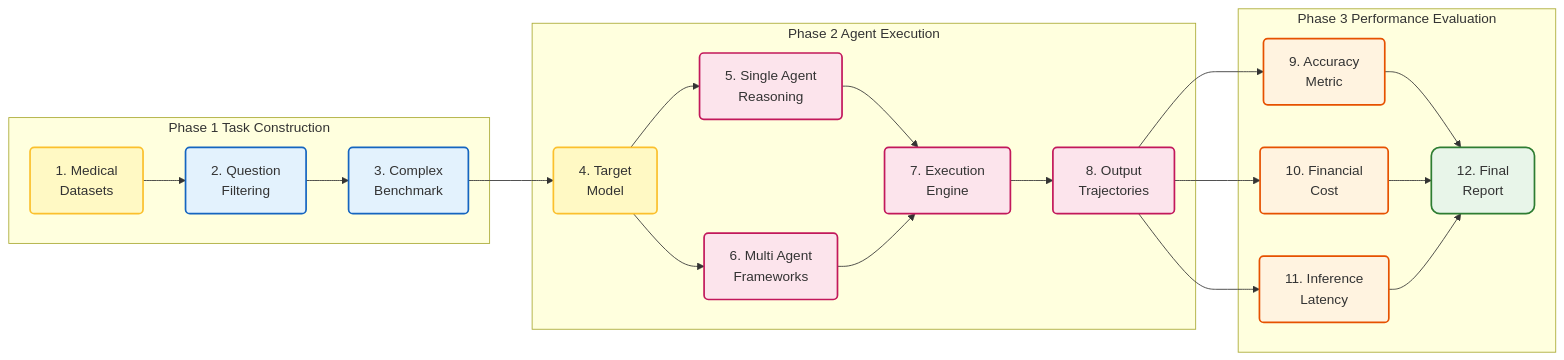
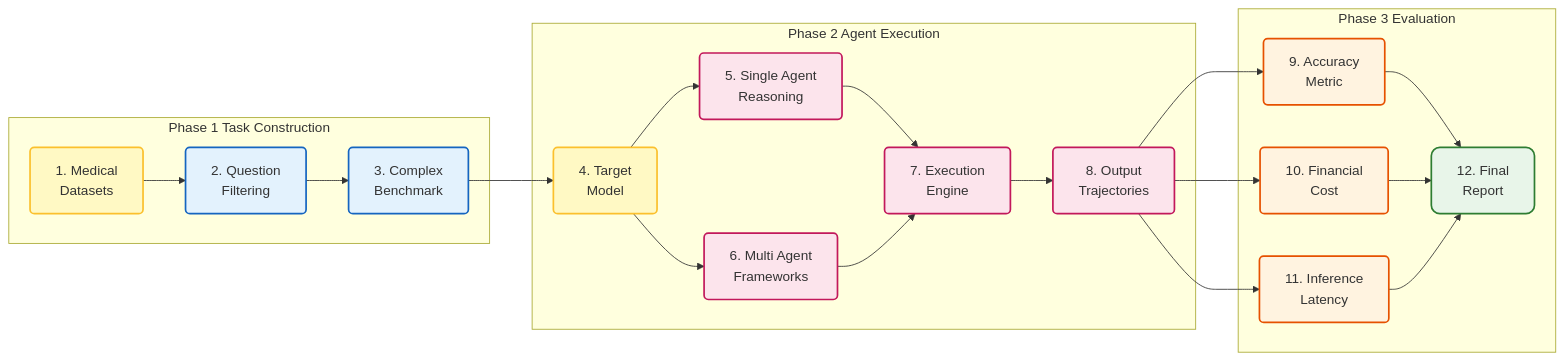
Before and after one commit to hhtrocket/HHT-Benchmark-dataset: the fourth of 5 diagrams in Literature Review/brief report 2.md, drawn with Mermaid. The commit also changed other lines of this file, not shown here.

````diff
--- a/Literature Review/brief report 2.md
+++ b/Literature Review/brief report 2.md
@@ -187,46 +187,46 @@
 ```mermaid
 graph LR
     classDef phase1 fill:#e3f2fd,stroke:#1565c0,stroke-width:2px,rx:5,ry:5;
     classDef phase2 fill:#fce4ec,stroke:#c2185b,stroke-width:2px,rx:5,ry:5;
     classDef phase3 fill:#fff3e0,stroke:#e65100,stroke-width:2px,rx:5,ry:5;
     classDef input fill:#fff9c4,stroke:#fbc02d,stroke-width:2px,rx:5,ry:5;
     classDef report fill:#e8f5e9,stroke:#2e7d32,stroke-width:2px,rx:10,ry:10;
 
     subgraph Phase1 [Phase 1 Task Construction]
         Data["1. Medical<br/>Datasets"]:::input
         Filter["2. Question<br/>Filtering"]:::phase1
         Bench["3. Complex<br/>Benchmark"]:::phase1
         
         Data --> Filter
         Filter --> Bench
     end
 
     subgraph Phase2 [Phase 2 Agent Execution]
         Model["4. Target<br/>Model"]:::input
         Single["5. Single Agent<br/>Reasoning"]:::phase2
         Multi["6. Multi Agent<br/>Frameworks"]:::phase2
         Engine["7. Execution<br/>Engine"]:::phase2
         Trace["8. Output<br/>Trajectories"]:::phase2
         
         Bench --> Model
         Model --> Single
         Model --> Multi
         Single --> Engine
         Multi --> Engine
         Engine --> Trace
     end
 
-    subgraph Phase3 [Phase 3 Performance Evaluation]
+    subgraph Phase3 [Phase 3 Evaluation]
         Acc["9. Accuracy<br/>Metric"]:::phase3
         Cost["10. Financial<br/>Cost"]:::phase3
         Time["11. Inference<br/>Latency"]:::phase3
         Eval["12. Final<br/>Report"]:::report
         
         Trace --> Acc
         Trace --> Cost
         Trace --> Time
         Acc --> Eval
         Cost --> Eval
         Time --> Eval
     end
 ```
````
